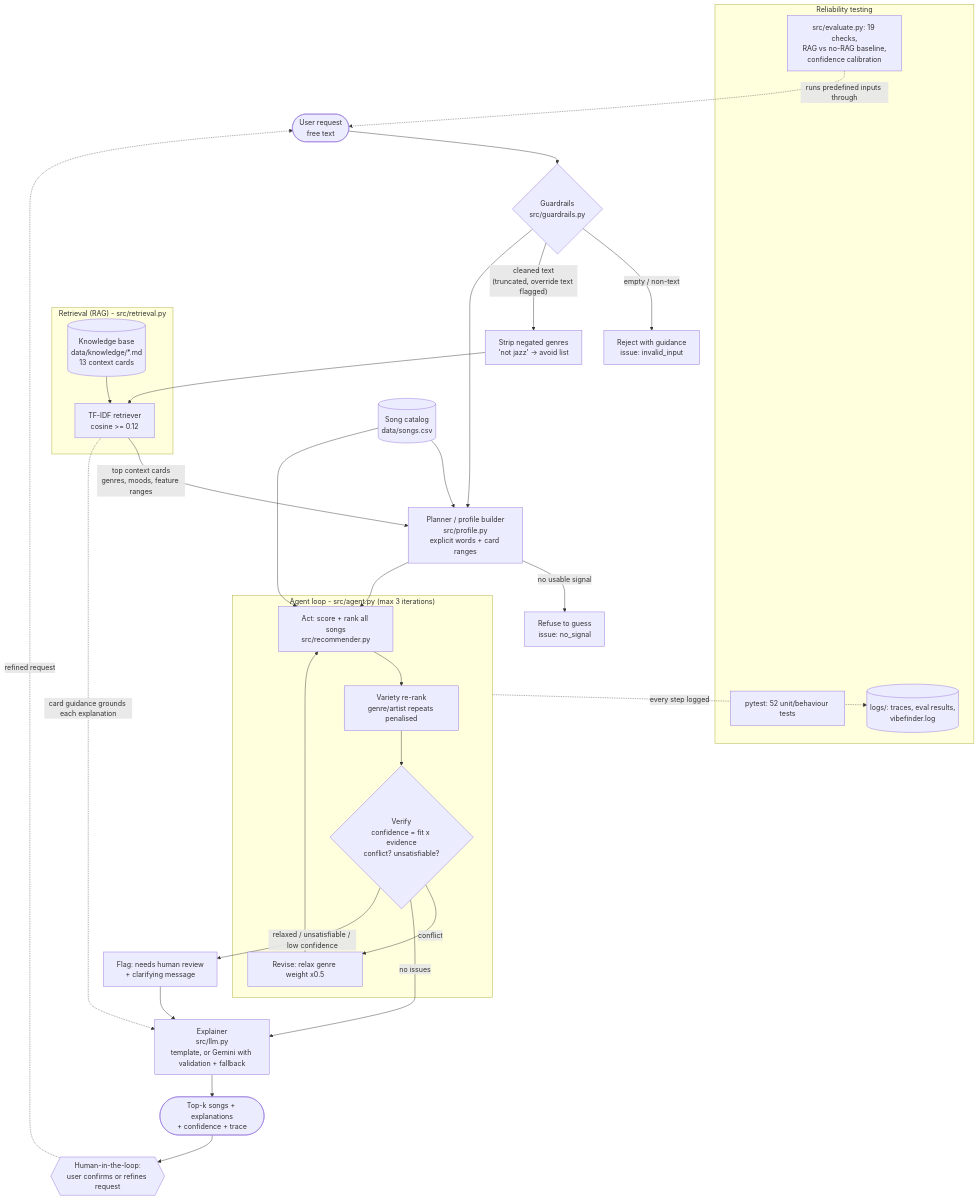
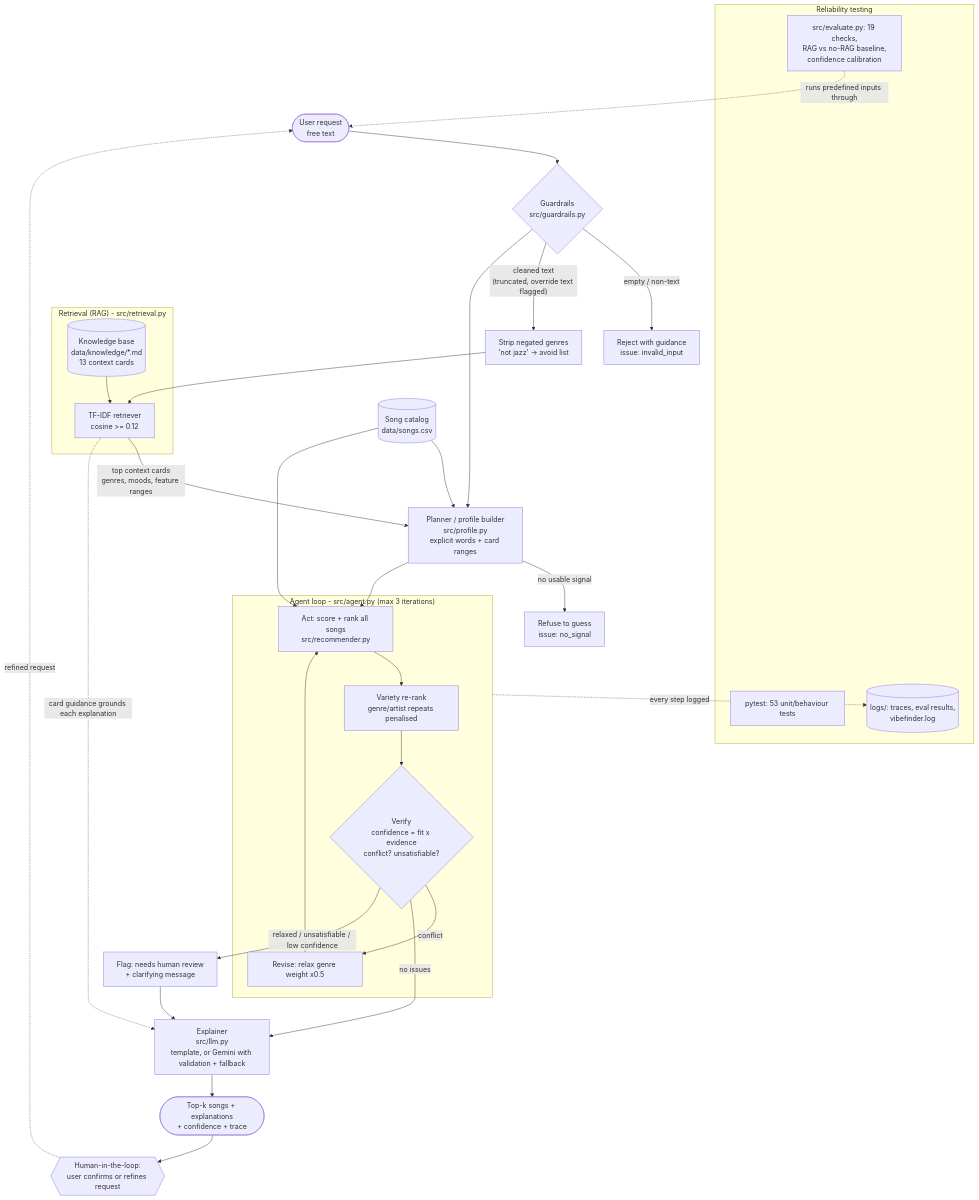
The diagram in diagrams/architecture.md (hassan47khan/applied-ai-system-project), drawn with Mermaid before and after one commit. The commit also changed 3 other files, not shown here.

First line of the commit message:
Write README, model card, AI interactions log and Mermaid architecture diagram

````diff
--- a/diagrams/architecture.md
+++ b/diagrams/architecture.md
@@ -3,46 +3,46 @@
 ```mermaid
 flowchart TD
     U([User request<br/>free text]) --> G{Guardrails<br/>src/guardrails.py}
     G -- "empty / non-text" --> RJ[Reject with guidance<br/>issue: invalid_input]
     G -- "cleaned text<br/>(truncated, override text flagged)" --> NEG[Strip negated genres<br/>'not jazz' -> avoid list]
 
     subgraph RAG["Retrieval (RAG) - src/retrieval.py"]
         KB[(Knowledge base<br/>data/knowledge/*.md<br/>13 context cards)]
         R[TF-IDF retriever<br/>cosine >= 0.12]
         KB --> R
     end
     NEG --> R
 
     CAT[(Song catalog<br/>data/songs.csv)] --> P
     R -- "top context cards<br/>genres, moods, feature ranges" --> P[Planner / profile builder<br/>src/profile.py<br/>explicit words + card ranges]
     G --> P
 
     P -- "no usable signal" --> NS[Refuse to guess<br/>issue: no_signal]
 
     subgraph AGENT["Agent loop - src/agent.py (max 3 iterations)"]
         A[Act: score + rank all songs<br/>src/recommender.py]
         D[Variety re-rank<br/>genre/artist repeats penalised]
         V{Verify<br/>confidence = fit x evidence<br/>conflict? unsatisfiable?}
         RV[Revise: relax genre weight x0.5]
         A --> D --> V
         V -- "conflict" --> RV --> A
     end
     P --> A
     CAT --> A
 
     V -- "no issues" --> E[Explainer<br/>src/llm.py<br/>template, or Gemini with validation + fallback]
     V -- "relaxed / unsatisfiable / low confidence" --> HR[Flag: needs human review<br/>+ clarifying message]
     HR --> E
     R -. "card guidance grounds each explanation" .-> E
     E --> OUT([Top-k songs + explanations<br/>+ confidence + trace])
     OUT --> H{{Human-in-the-loop:<br/>user confirms or refines request}}
     H -. "refined request" .-> U
 
     subgraph TESTING["Reliability testing"]
-        T1[pytest: 52 unit/behaviour tests]
+        T1[pytest: 53 unit/behaviour tests]
         T2[src/evaluate.py: 19 checks,<br/>RAG vs no-RAG baseline,<br/>confidence calibration]
         T3[(logs/: traces, eval results,<br/>vibefinder.log)]
     end
     AGENT -. "every step logged" .-> T3
     T2 -. "runs predefined inputs through" .-> U
 ```
````
